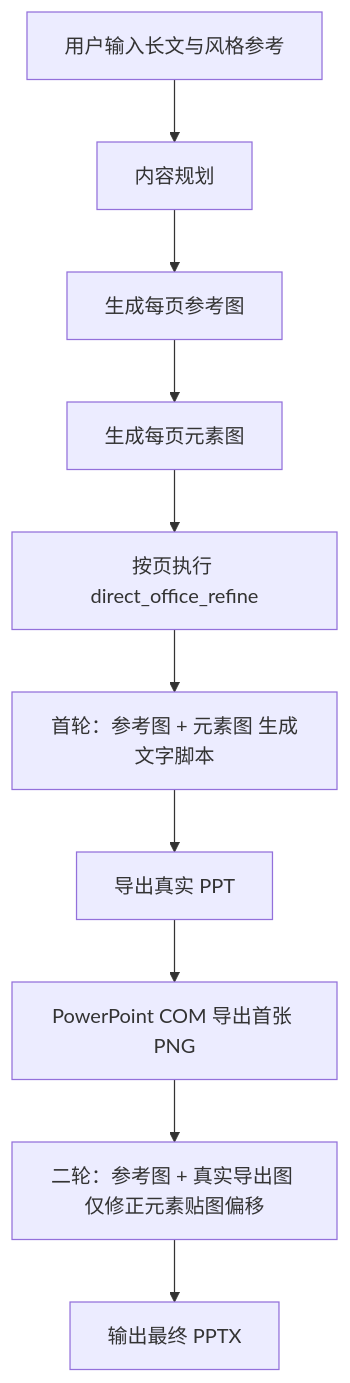
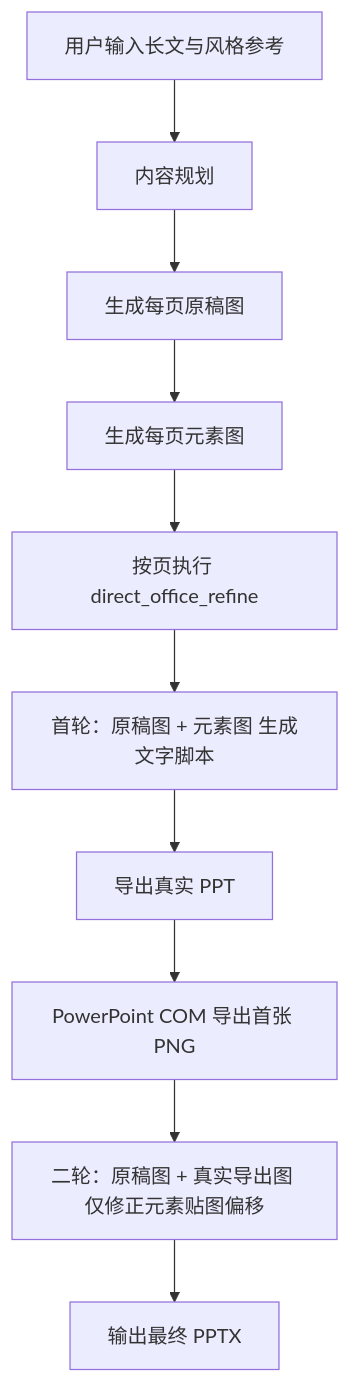
Before and after one commit to 1624899/ai-ppt-maker: the diagram in PPT_SYSTEM_README.md, drawn with Mermaid. The commit also changed other lines of this file and 59 other files, not shown here.

First line of the commit message:
feat(web): 添加代理辅助草稿编辑，带聊天面板和图像标记

````diff
--- a/PPT_SYSTEM_README.md
+++ b/PPT_SYSTEM_README.md
@@ -17,12 +17,12 @@
 ```mermaid
 flowchart TD
     A[用户输入长文与风格参考] --> B[内容规划]
-    B --> C[生成每页参考图]
+    B --> C[生成每页原稿图]
     C --> D[生成每页元素图]
     D --> E[按页执行 direct_office_refine]
-    E --> F[首轮：参考图 + 元素图 生成文字脚本]
+    E --> F[首轮：原稿图 + 元素图 生成文字脚本]
     F --> G[导出真实 PPT]
     G --> H[PowerPoint COM 导出首张 PNG]
-    H --> I[二轮：参考图 + 真实导出图 仅修正元素贴图偏移]
+    H --> I[二轮：原稿图 + 真实导出图 仅修正元素贴图偏移]
     I --> J[输出最终 PPTX]
 ```
````
